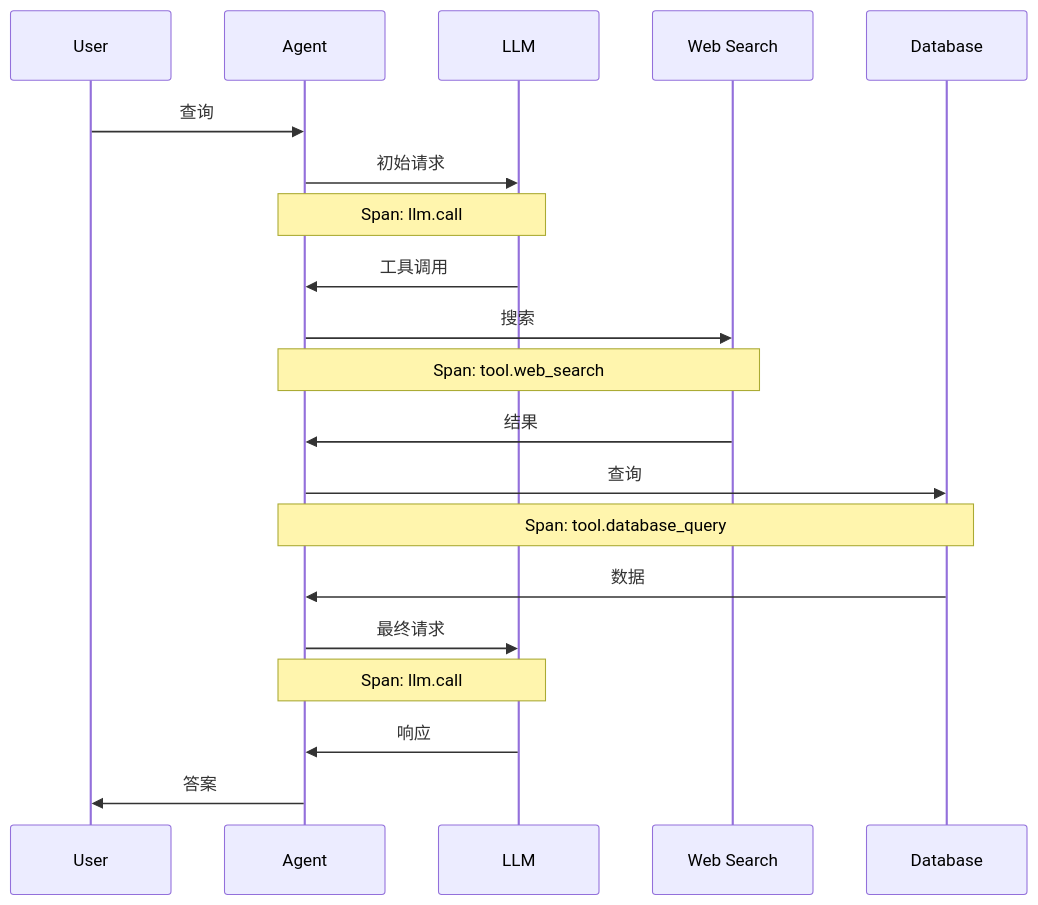
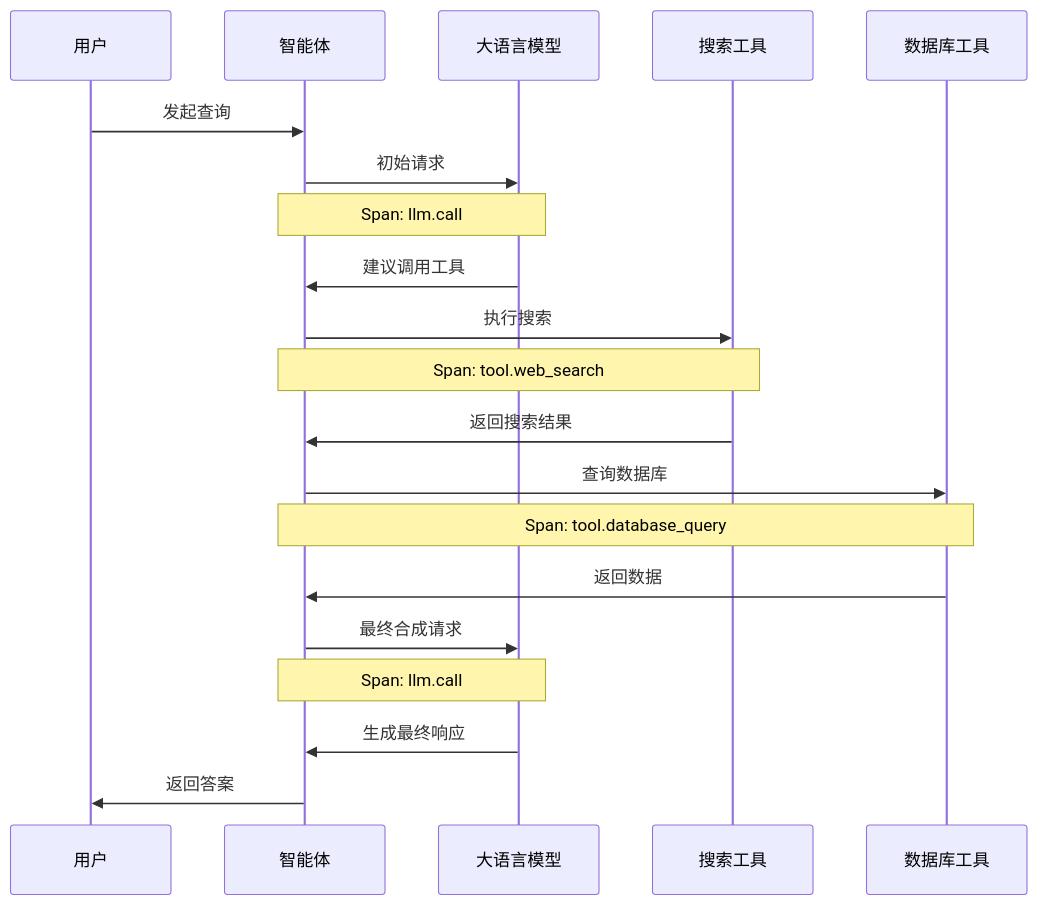
One commit to YiWang24/AiDIY changed the second of 2 diagrams in i18n/zh-Hans/docusaurus-plugin-content-docs/current/ai/harness-engineering/observability.mdx. Above: the diagram before and after it, drawn with Mermaid. The commit also changed other lines of this file and 59 other files, not shown here.

````diff
--- a/i18n/zh-Hans/docusaurus-plugin-content-docs/current/ai/harness-engineering/observability.mdx
+++ b/i18n/zh-Hans/docusaurus-plugin-content-docs/current/ai/harness-engineering/observability.mdx
@@ -301,27 +111,27 @@
 ```mermaid
 sequenceDiagram
-    participant User
-    participant Agent
-    participant LLM
-    participant Tool1 as Web Search
-    participant Tool2 as Database
+    participant User as 用户
+    participant Agent as 智能体
+    participant LLM as 大语言模型
+    participant Tool1 as 搜索工具
+    participant Tool2 as 数据库工具
 
-    User->>Agent: 查询
+    User->>Agent: 发起查询
     Agent->>LLM: 初始请求
     Note over Agent,LLM: Span: llm.call
 
-    LLM->>Agent: 工具调用
-    Agent->>Tool1: 搜索
+    LLM->>Agent: 建议调用工具
+    Agent->>Tool1: 执行搜索
     Note over Agent,Tool1: Span: tool.web_search
 
-    Tool1->>Agent: 结果
-    Agent->>Tool2: 查询
+    Tool1->>Agent: 返回搜索结果
+    Agent->>Tool2: 查询数据库
     Note over Agent,Tool2: Span: tool.database_query
 
-    Tool2->>Agent: 数据
-    Agent->>LLM: 最终请求
+    Tool2->>Agent: 返回数据
+    Agent->>LLM: 最终合成请求
     Note over Agent,LLM: Span: llm.call
 
-    LLM->>Agent: 响应
-    Agent->>User: 答案
+    LLM->>Agent: 生成最终响应
+    Agent->>User: 返回答案
 ```
````
